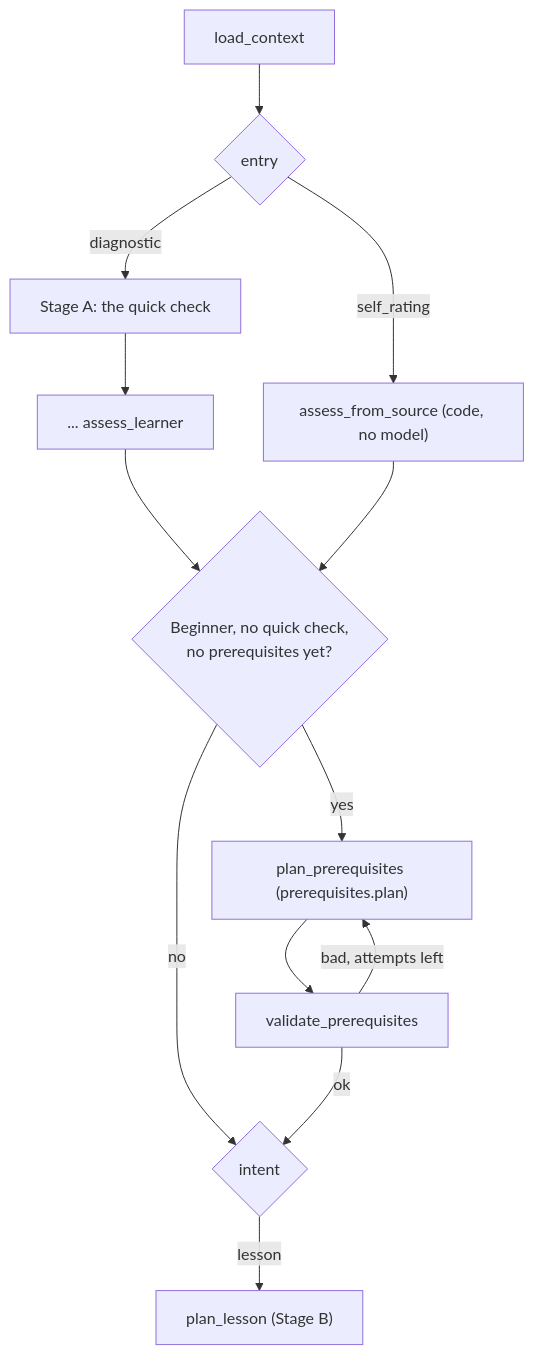
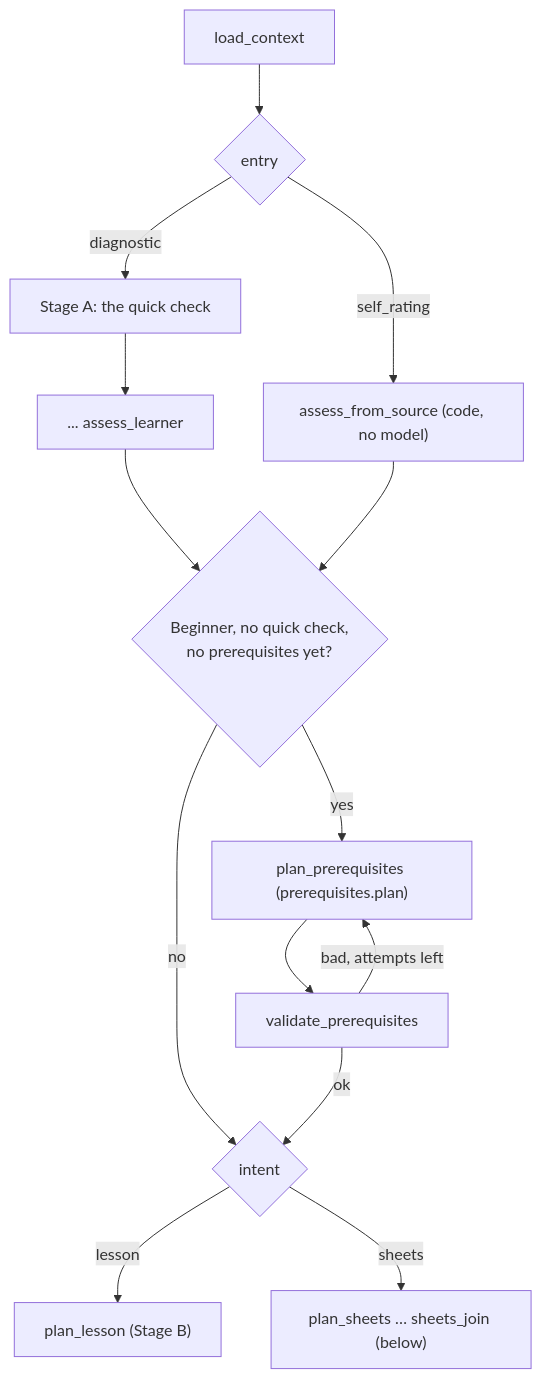
One commit to Satyamkumarjha4/Intelilearn changed the first of 4 diagrams in docs/architecture/lesson-graph.md. Above: the diagram before and after it, drawn with Mermaid. The commit also changed other lines of this file and 9 other files, not shown here.

````diff
--- a/docs/architecture/lesson-graph.md
+++ b/docs/architecture/lesson-graph.md
@@ -30,15 +30,16 @@
 ```mermaid
 flowchart TD
     load_context --> entry_router{entry}
     entry_router -->|diagnostic| generate_diagnostic["Stage A: the quick check"]
     entry_router -->|self_rating| assess_from_source["assess_from_source (code, no model)"]
     generate_diagnostic --> assess_learner["... assess_learner"]
     assess_learner --> level_gate
     assess_from_source --> level_gate{"Beginner, no quick check,\nno prerequisites yet?"}
     level_gate -->|yes| plan_prerequisites["plan_prerequisites (prerequisites.plan)"]
     level_gate -->|no| intent_router
     plan_prerequisites --> validate_prerequisites
     validate_prerequisites -->|ok| intent_router{intent}
     validate_prerequisites -->|"bad, attempts left"| plan_prerequisites
     intent_router -->|lesson| plan_lesson["plan_lesson (Stage B)"]
+    intent_router -->|sheets| plan_sheets["plan_sheets … sheets_join (below)"]
 ```
````
